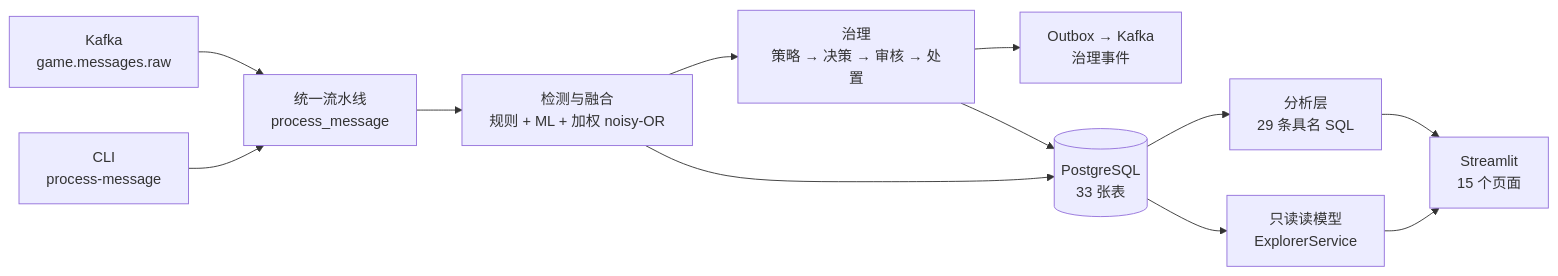
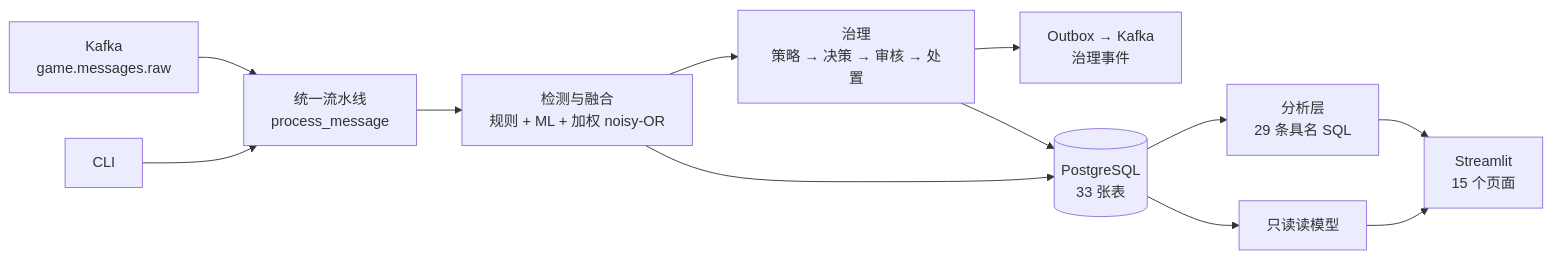
The diagram in README.md (ipengfei1994/Claro), drawn with Mermaid before and after one commit. The commit also changed other lines of this file and 4 other files, not shown here.

````diff
--- a/README.md
+++ b/README.md
@@ -109,14 +23,14 @@
 ```mermaid
 flowchart LR
     A["Kafka<br/>game.messages.raw"] --> B["统一流水线<br/>process_message"]
-    C["CLI<br/>process-message"] --> B
+    C["CLI"] --> B
     B --> D["检测与融合<br/>规则 + ML + 加权 noisy-OR"]
     D --> E["治理<br/>策略 → 决策 → 审核 → 处置"]
     E --> F["Outbox → Kafka<br/>治理事件"]
     D --> G[("PostgreSQL<br/>33 张表")]
     E --> G
     G --> H["分析层<br/>29 条具名 SQL"]
-    G --> I["只读读模型<br/>ExplorerService"]
+    G --> I["只读读模型"]
     H --> J["Streamlit<br/>15 个页面"]
     I --> J
 ```
````
